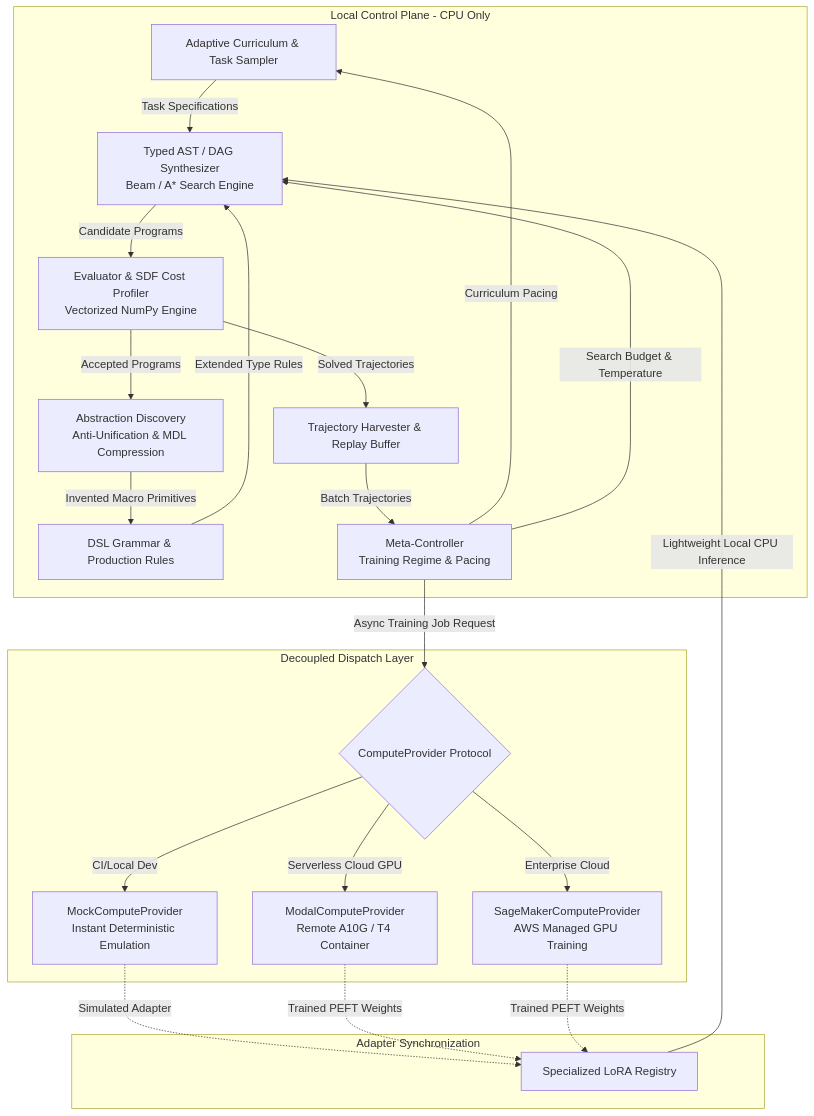
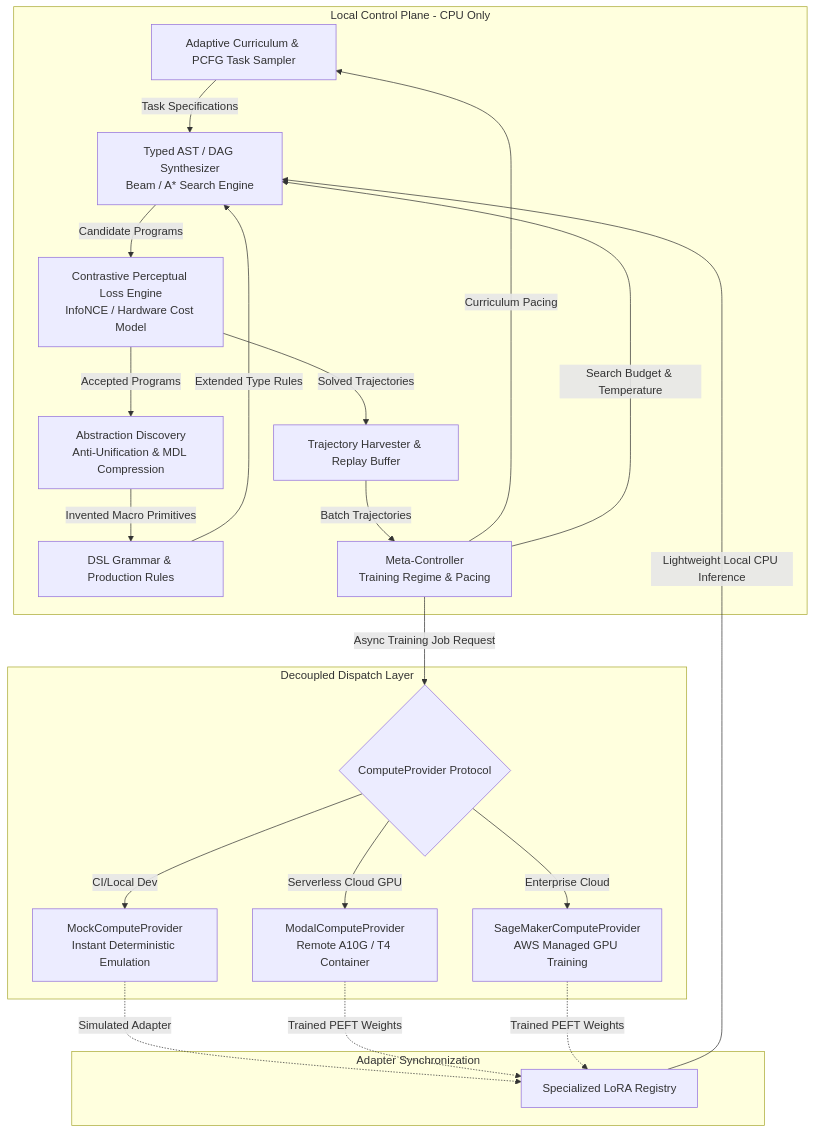
The first of 2 diagrams in conductor/tracks/curriculum_abstraction_remote_training_202505/spec.md (racoci/symforge), drawn with Mermaid before and after one commit. The commit also changed other lines of this file and 6 other files, not shown here.

Commit message:
feat(architecture): formalize Lean 4 IR, 3 pillars, contrastive loss, and expanded datasets

````diff
--- a/conductor/tracks/curriculum_abstraction_remote_training_202505/spec.md
+++ b/conductor/tracks/curriculum_abstraction_remote_training_202505/spec.md
@@ -63,29 +58,29 @@
 ```mermaid
 graph TD
     subgraph LocalControlPlane [Local Control Plane - CPU Only]
-        AC[Adaptive Curriculum & Task Sampler] -->|Task Specifications| SYN[Typed AST / DAG Synthesizer<br/>Beam / A* Search Engine]
-        SYN -->|Candidate Programs| EVL[Evaluator & SDF Cost Profiler<br/>Vectorized NumPy Engine]
+        AC[Adaptive Curriculum & PCFG Task Sampler] -->|Task Specifications| SYN[Typed AST / DAG Synthesizer<br/>Beam / A* Search Engine]
+        SYN -->|Candidate Programs| EVL[Contrastive Perceptual Loss Engine<br/>InfoNCE / Hardware Cost Model]
         EVL -->|Solved Trajectories| HARV[Trajectory Harvester & Replay Buffer]
         EVL -->|Accepted Programs| ABD[Abstraction Discovery<br/>Anti-Unification & MDL Compression]
         ABD -->|Invented Macro Primitives| DSL[DSL Grammar & Production Rules]
         DSL -->|Extended Type Rules| SYN
         
         MC[Meta-Controller<br/>Training Regime & Pacing] -->|Curriculum Pacing| AC
         MC -->|Search Budget & Temperature| SYN
         HARV -->|Batch Trajectories| MC
     end
 
     subgraph ComputeDispatchLayer [Decoupled Dispatch Layer]
         MC -->|Async Training Job Request| PROV{ComputeProvider Protocol}
         PROV -->|CI/Local Dev| MOCK[MockComputeProvider<br/>Instant Deterministic Emulation]
         PROV -->|Serverless Cloud GPU| MODAL[ModalComputeProvider<br/>Remote A10G / T4 Container]
         PROV -->|Enterprise Cloud| SMR[SageMakerComputeProvider<br/>AWS Managed GPU Training]
     end
 
     subgraph WeightSync [Adapter Synchronization]
         MOCK -.->|Simulated Adapter| REG[Specialized LoRA Registry]
         MODAL -.->|Trained PEFT Weights| REG
         SMR -.->|Trained PEFT Weights| REG
         REG -->|Lightweight Local CPU Inference| SYN
     end
 ```
````
